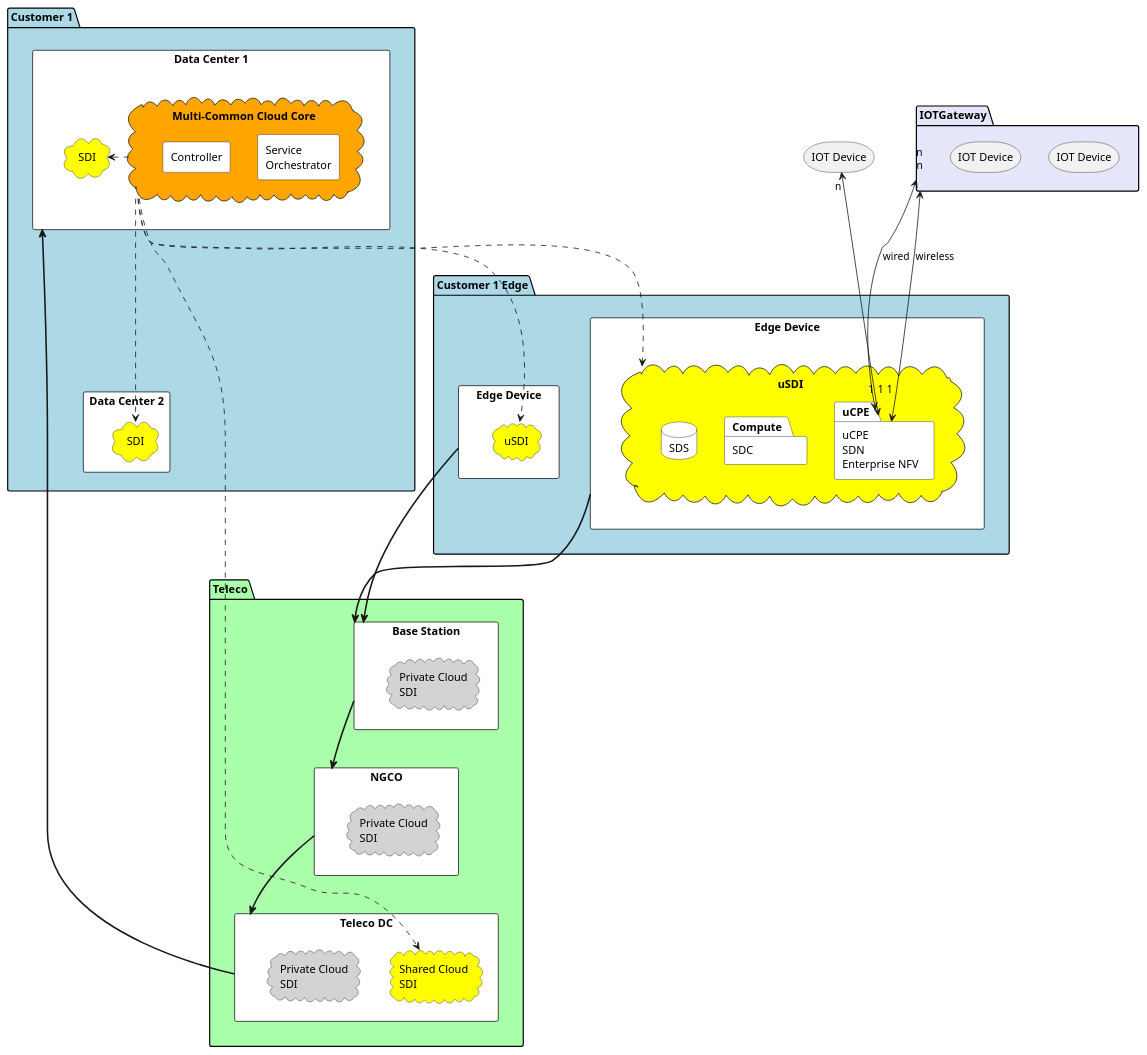
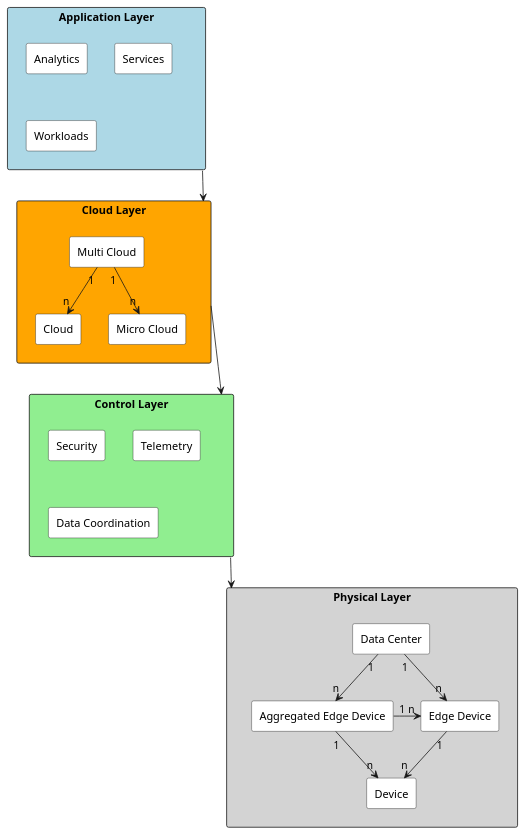
One commit to CAADE/edgeville changed the diagram in docs/Architecture.puml. Above: the diagram before and after it, drawn with PlantUML. The commit also changed other lines of this file and 509 other files, not shown here.

```diff
--- a/docs/Architecture.puml
+++ b/docs/Architecture.puml
@@ -1,78 +1,40 @@
 @startuml
 
-package "Customer 1" as C1 #lightblue {
-  rectangle "Data Center 1" as DC1 #white {
-    cloud "Multi-Common Cloud Core" as HC #orange {
-      rectangle "Service\nOrchestrator" #white
-      rectangle "Controller" #white
-    }
-    cloud "SDI" as C1C #yellow {
-    }
+  rectangle "Application Layer" as AL #lightblue {
+    rectangle Analytics #white
+    rectangle Services #white
+    rectangle Workloads #white
   }
-  rectangle "Data Center 2" as DC2 #white {
-    cloud "SDI" as C2C #yellow {
-    }
+  rectangle "Cloud Layer" as ClL #orange {
+    rectangle "Multi Cloud" as MC #white
+    rectangle Cloud #white
+    rectangle "Micro Cloud" as uC #white
+    MC "1" --> "n" Cloud
+    MC "1" --> "n" uC
+
   }
-}
+  rectangle "Control Layer" as CL #lightgreen {
+    rectangle Security #white
+    rectangle Telemetry #white
+    rectangle "Data Coordination" #white
 
-package "Teleco" as Teleco #aaffaa {
-  rectangle "Teleco DC" as TDC #white {
-      cloud "Shared Cloud\nSDI" as SC #yellow {
-      }
-      cloud "Private Cloud\nSDI" as PC #lightgray {
-      }
   }
-  rectangle "NGCO" as NGCO #white {
-    cloud "Private Cloud\nSDI" as NPC #lightgray {
-    }
+  rectangle "Physical Layer" as PL #lightgray {
+    rectangle Device #white
+    rectangle "Edge Device" as ED #white
+    rectangle "Aggregated Edge Device" as AED #white
+    rectangle "Data Center" as DC #white
+
+    ED "1" -> "n" Device
+    AED "1" -> "n" ED
+    AED "1" --> "n" Device
+    DC "1" --> "n" ED
+    DC "1" --> "n" AED
+
   }
-  rectangle "Base Station" as BS #white {
-    cloud "Private Cloud\nSDI" as BPC #lightgray {
-    }
-  }
-}
 
-package "Customer 1 Edge" as C1E #lightblue {
-  rectangle "Edge Device" as Edge #white {
-    cloud "uSDI" as EC #yellow {
-        package "uCPE\nSDN\nEnterprise NFV" as uCPE #white {
-        }
-        package "SDC" as Compute #white {
-        }
-        database "SDS" as Storage #white {
-        }
-    }
-  }
-  rectangle "Edge Device" as Edge2 #white {
-    cloud "uSDI" as uCPE2 #yellow {
-    }
-  }
-}
-
-package IOTGateway #lavender {
-    storage "IOT Device" as IOTD {
-    }
-    storage "IOT Device" as IOTD2 {
-    }
-}
-
-storage "IOT Device"  as ID3
-
-IOTGateway  "n" <--> "1" uCPE : wired
-IOTGateway  "n" <--> "1" uCPE : wireless
-
-ID3 "n" <--> "1" uCPE
-
-HC .> C1C
-HC ..> C2C
-HC ..> SC
-HC ..> EC
-HC ..> uCPE2
-
-Edge ==> BS
-Edge2 ==> BS
-BS ==> NGCO
-NGCO ==> TDC
-TDC ==> DC1
+ AL ---> ClL
+ ClL ---> CL
+ CL ---> PL
 
 @enduml
```
